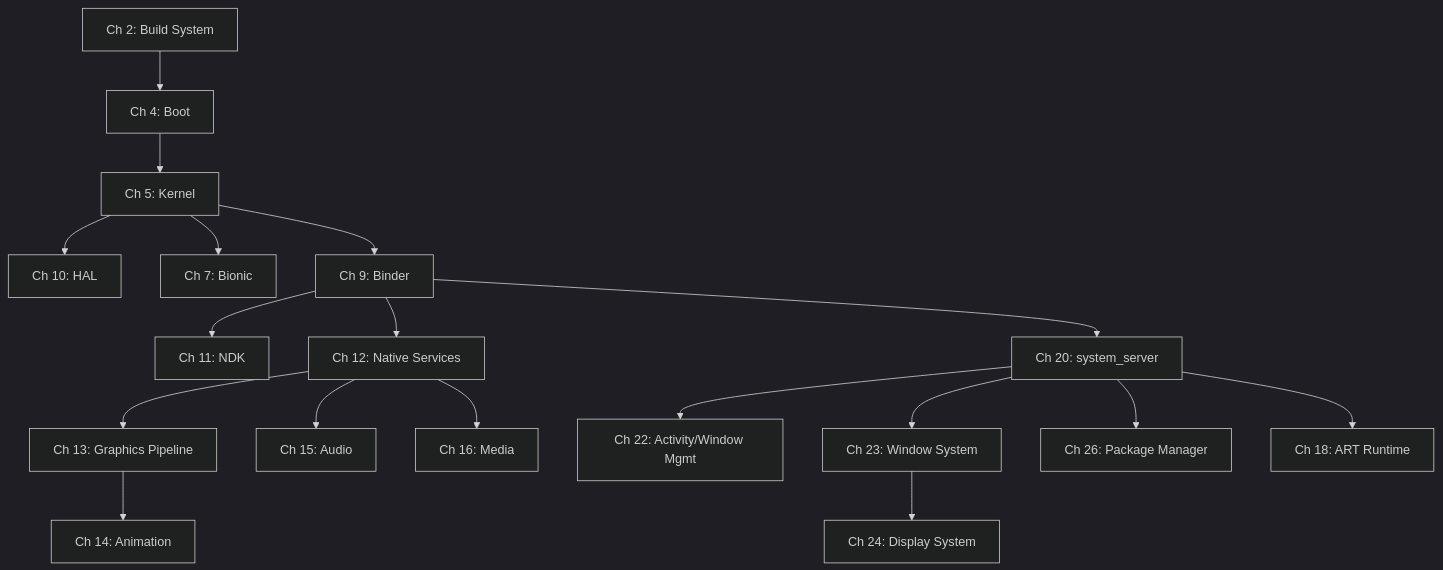
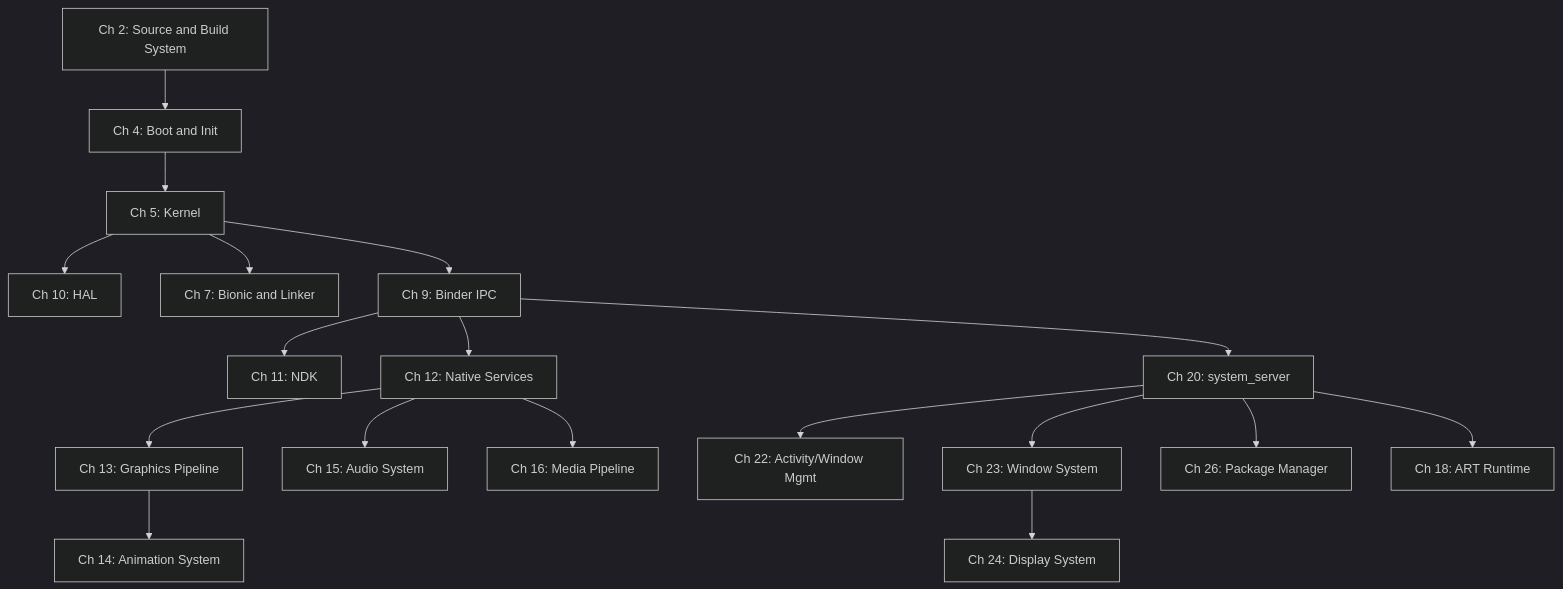
One commit to aospbooks/aosp-internal-book changed the first of 4 diagrams in agents/claude/skills/aosp-getting-started/00-frontmatter.md. Above: the diagram before and after it, drawn with Mermaid (dark theme). The commit also changed other lines of this file and 232 other files, not shown here.

````diff
--- a/agents/claude/skills/aosp-getting-started/00-frontmatter.md
+++ b/agents/claude/skills/aosp-getting-started/00-frontmatter.md
@@ -319,20 +407,20 @@
 ```mermaid
 graph TD
-    A[Ch 2: Build System] --> B[Ch 4: Boot]
-    B --> C[Ch 5: Kernel]
-    C --> D[Ch 10: HAL]
-    C --> E[Ch 7: Bionic]
-    C --> F[Ch 9: Binder]
-    F --> G[Ch 11: NDK]
-    F --> H[Ch 12: Native Services]
-    H --> I[Ch 13: Graphics Pipeline]
-    H --> J[Ch 15: Audio]
-    H --> K[Ch 16: Media]
-    F --> L[Ch 20: system_server]
-    L --> M[Ch 22: Activity/Window Mgmt]
-    L --> N[Ch 23: Window System]
-    L --> O[Ch 26: Package Manager]
-    L --> P[Ch 18: ART Runtime]
-    I --> Q[Ch 14: Animation]
-    N --> R[Ch 24: Display System]
+    A["Ch 2: Source and Build System"] --> B["Ch 4: Boot and Init"]
+    B --> C["Ch 5: Kernel"]
+    C --> D["Ch 10: HAL"]
+    C --> E["Ch 7: Bionic and Linker"]
+    C --> F["Ch 9: Binder IPC"]
+    F --> G["Ch 11: NDK"]
+    F --> H["Ch 12: Native Services"]
+    H --> I["Ch 13: Graphics Pipeline"]
+    H --> J["Ch 15: Audio System"]
+    H --> K["Ch 16: Media Pipeline"]
+    F --> L["Ch 20: system_server"]
+    L --> M["Ch 22: Activity/Window Mgmt"]
+    L --> N["Ch 23: Window System"]
+    L --> O["Ch 26: Package Manager"]
+    L --> P["Ch 18: ART Runtime"]
+    I --> Q["Ch 14: Animation System"]
+    N --> R["Ch 24: Display System"]
 ```
````
